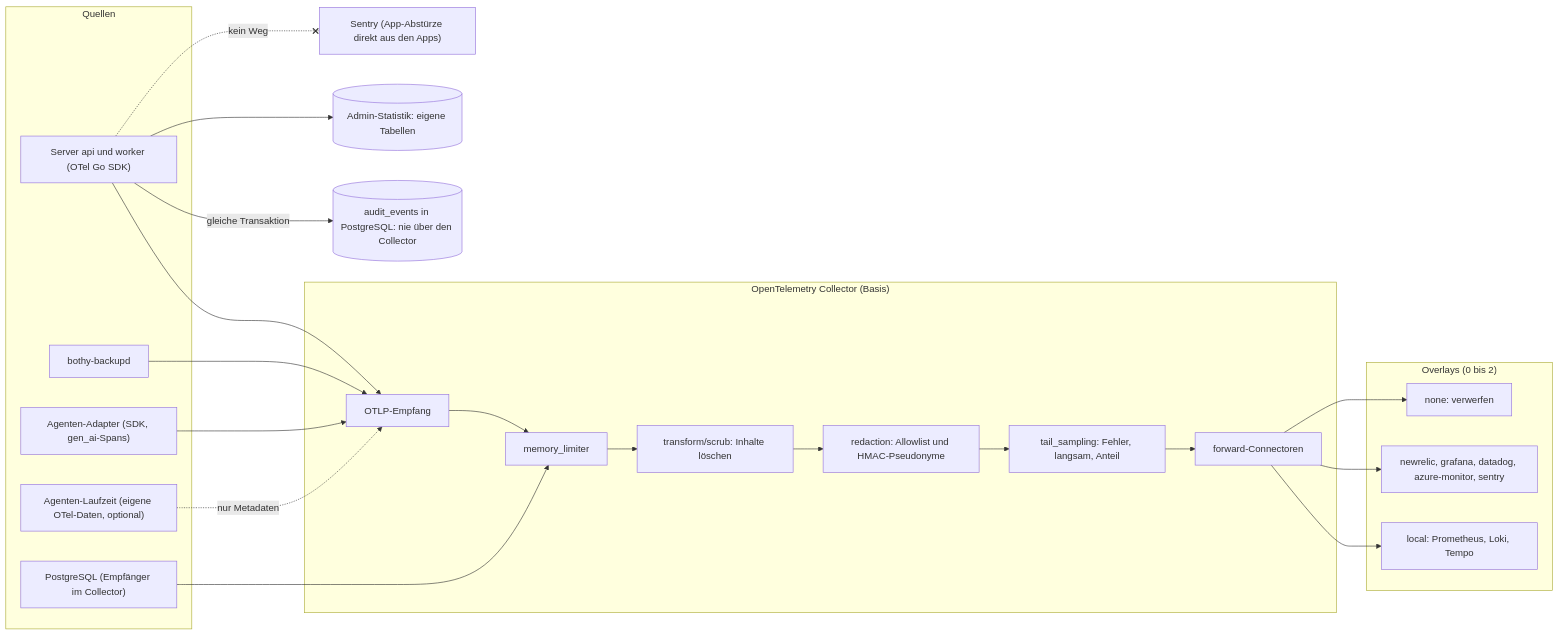
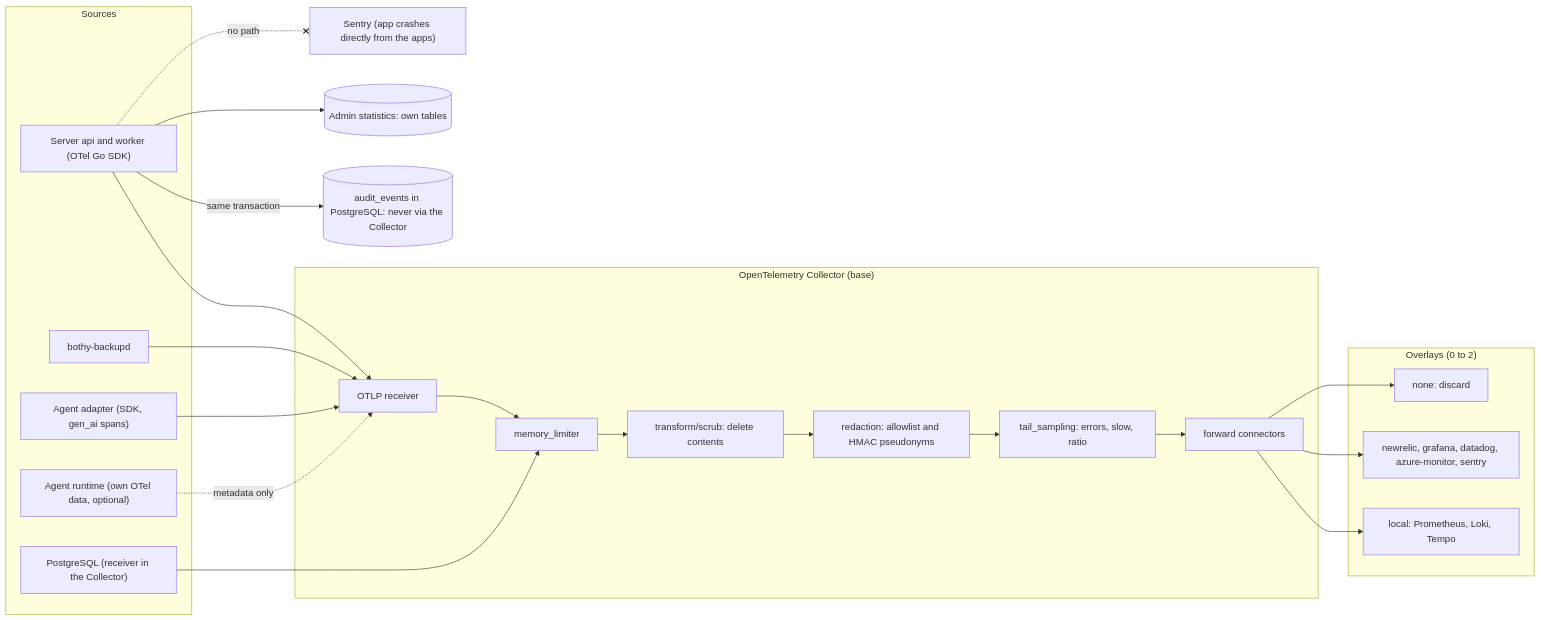
Before and after one commit to mguttmann/bothy: the diagram in docs/observability/diagrams/telemetry-pipeline.mmd, drawn with Mermaid. The commit also changed 95 other files, not shown here.

First line of the commit message:
docs(architecture): translate the diagrams to English

```diff
--- a/docs/observability/diagrams/telemetry-pipeline.mmd
+++ b/docs/observability/diagrams/telemetry-pipeline.mmd
@@ -1,40 +1,40 @@
 flowchart LR
-    subgraph sources["Quellen"]
-        server["Server api und worker (OTel Go SDK)"]
+    subgraph sources["Sources"]
+        server["Server api and worker (OTel Go SDK)"]
         backupd["bothy-backupd"]
-        adapter["Agenten-Adapter (SDK, gen_ai-Spans)"]
-        runtime["Agenten-Laufzeit (eigene OTel-Daten, optional)"]
-        pgrecv["PostgreSQL (Empfänger im Collector)"]
+        adapter["Agent adapter (SDK, gen_ai spans)"]
+        runtime["Agent runtime (own OTel data, optional)"]
+        pgrecv["PostgreSQL (receiver in the Collector)"]
     end
 
-    subgraph collector["OpenTelemetry Collector (Basis)"]
-        recv["OTLP-Empfang"]
+    subgraph collector["OpenTelemetry Collector (base)"]
+        recv["OTLP receiver"]
         guard["memory_limiter"]
-        scrub["transform/scrub: Inhalte löschen"]
-        allow["redaction: Allowlist und HMAC-Pseudonyme"]
-        tail["tail_sampling: Fehler, langsam, Anteil"]
-        fwd["forward-Connectoren"]
+        scrub["transform/scrub: delete contents"]
+        allow["redaction: allowlist and HMAC pseudonyms"]
+        tail["tail_sampling: errors, slow, ratio"]
+        fwd["forward connectors"]
     end
 
-    subgraph overlays["Overlays (0 bis 2)"]
+    subgraph overlays["Overlays (0 to 2)"]
         local["local: Prometheus, Loki, Tempo"]
         ext["newrelic, grafana, datadog, azure-monitor, sentry"]
-        nop["none: verwerfen"]
+        nop["none: discard"]
     end
 
-    audit[("audit_events in PostgreSQL: nie über den Collector")]
-    stats[("Admin-Statistik: eigene Tabellen")]
-    sentryapps["Sentry (App-Abstürze direkt aus den Apps)"]
+    audit[("audit_events in PostgreSQL: never via the Collector")]
+    stats[("Admin statistics: own tables")]
+    sentryapps["Sentry (app crashes directly from the apps)"]
 
     server --> recv
     backupd --> recv
     adapter --> recv
-    runtime -. "nur Metadaten" .-> recv
+    runtime -. "metadata only" .-> recv
     pgrecv --> guard
     recv --> guard --> scrub --> allow --> tail --> fwd
     fwd --> local
     fwd --> ext
     fwd --> nop
-    server -- "gleiche Transaktion" --> audit
+    server -- "same transaction" --> audit
     server --> stats
-    server -. "kein Weg" .-x sentryapps
+    server -. "no path" .-x sentryapps
```
